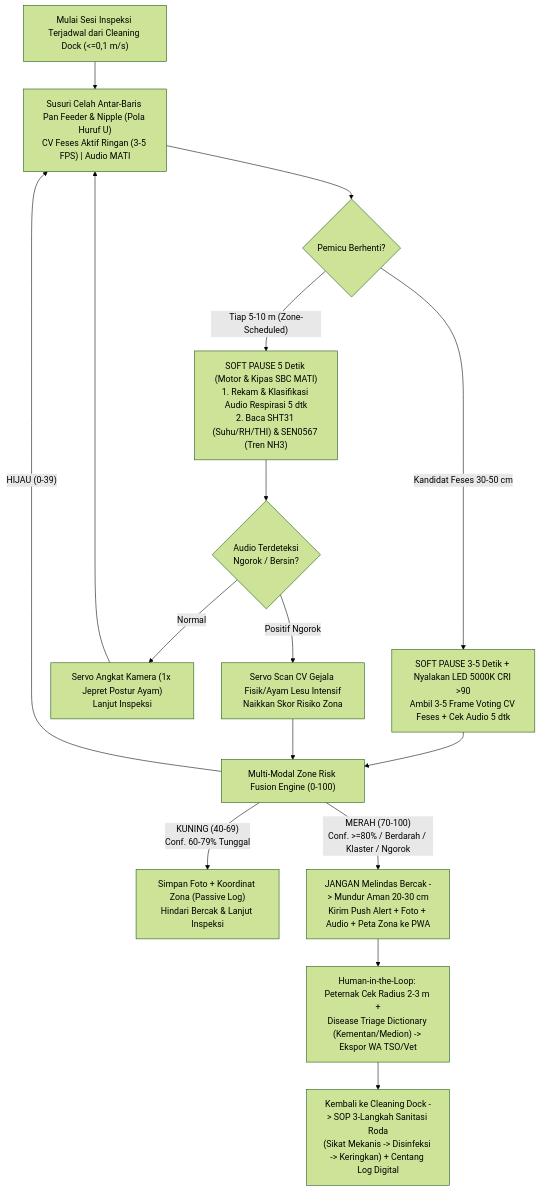
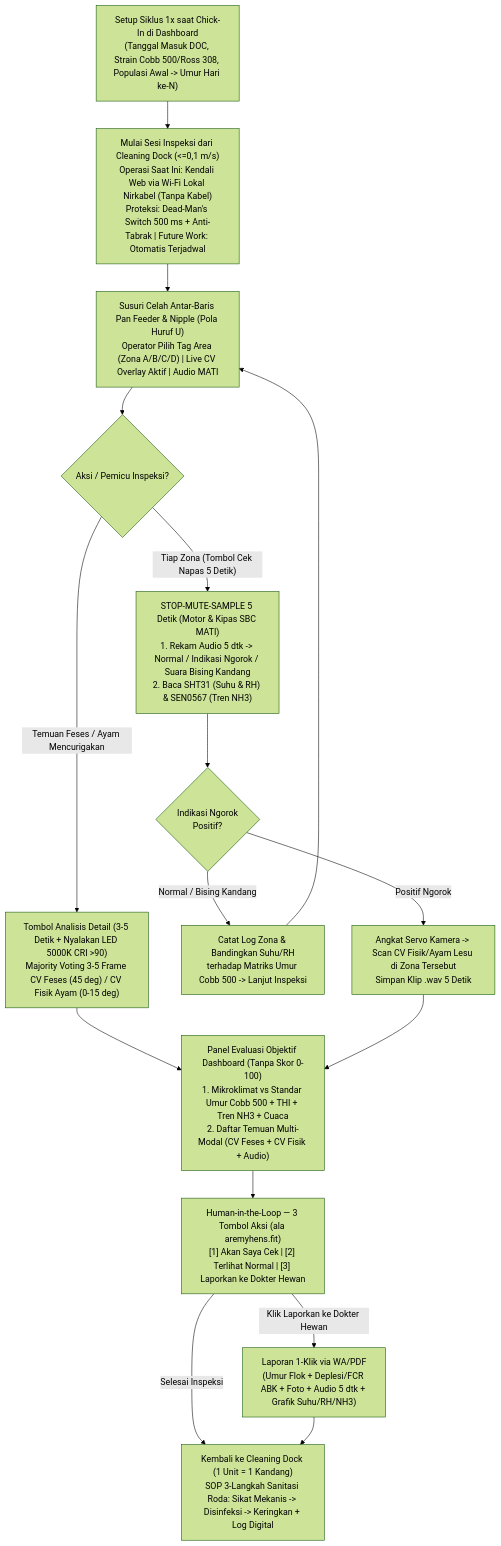
The diagram in 06_Project_Concept_BROVER/PROJECT_CONCEPT_BROVER.md (HikariReiziq/BROVER), drawn with Mermaid (forest theme) before and after one commit. The commit also changed other lines of this file and 15 other files, not shown here.

````diff
--- a/06_Project_Concept_BROVER/PROJECT_CONCEPT_BROVER.md
+++ b/06_Project_Concept_BROVER/PROJECT_CONCEPT_BROVER.md
@@ -129,18 +186,18 @@
 ```mermaid
 flowchart TD
-    A["Mulai Sesi Inspeksi Terjadwal dari Cleaning Dock (<=0,1 m/s)"] --> B["Susuri Celah Antar-Baris Pan Feeder & Nipple (Pola Huruf U)<br/>CV Feses Aktif Ringan (3-5 FPS) | Audio MATI"]
-    B --> C{"Pemicu Berhenti?"}
-    C -- "Tiap 5-10 m (Zone-Scheduled)" --> D["SOFT PAUSE 5 Detik (Motor & Kipas SBC MATI)<br/>1. Rekam & Klasifikasi Audio Respirasi 5 dtk<br/>2. Baca SHT31 (Suhu/RH/THI) & SEN0567 (Tren NH3)"]
-    C -- "Kandidat Feses 30-50 cm" --> E["SOFT PAUSE 3-5 Detik + Nyalakan LED 5000K CRI >90<br/>Ambil 3-5 Frame Voting CV Feses + Cek Audio 5 dtk"]
-    D --> F{"Audio Terdeteksi<br/>Ngorok / Bersin?"}
-    F -- "Normal" --> G["Servo Angkat Kamera (1x Jepret Postur Ayam)<br/>Lanjut Inspeksi"]
-    F -- "Positif Ngorok" --> H["Servo Scan CV Gejala Fisik/Ayam Lesu Intensif<br/>Naikkan Skor Risiko Zona"]
-    E --> I["Multi-Modal Zone Risk Fusion Engine (0-100)"]
+    S0["Setup Siklus 1x saat Chick-In di Dashboard<br/>(Tanggal Masuk DOC, Strain Cobb 500/Ross 308, Populasi Awal -> Umur Hari ke-N)"] --> A["Mulai Sesi Inspeksi dari Cleaning Dock (<=0,1 m/s)<br/>Operasi Saat Ini: Kendali Web via Wi-Fi Lokal Nirkabel (Tanpa Kabel)<br/>Proteksi: Dead-Man's Switch 500 ms + Anti-Tabrak | Future Work: Otomatis Terjadwal"]
+    A --> B["Susuri Celah Antar-Baris Pan Feeder & Nipple (Pola Huruf U)<br/>Operator Pilih Tag Area (Zona A/B/C/D) | Live CV Overlay Aktif | Audio MATI"]
+    B --> C{"Aksi / Pemicu Inspeksi?"}
+    C -- "Tiap Zona (Tombol Cek Napas 5 Detik)" --> D["STOP-MUTE-SAMPLE 5 Detik (Motor & Kipas SBC MATI)<br/>1. Rekam Audio 5 dtk -> Normal / Indikasi Ngorok / Suara Bising Kandang<br/>2. Baca SHT31 (Suhu & RH) & SEN0567 (Tren NH3)"]
+    C -- "Temuan Feses / Ayam Mencurigakan" --> E["Tombol Analisis Detail (3-5 Detik + Nyalakan LED 5000K CRI >90)<br/>Majority Voting 3-5 Frame CV Feses (45 deg) / CV Fisik Ayam (0-15 deg)"]
+    D --> F{"Indikasi Ngorok<br/>Positif?"}
+    F -- "Normal / Bising Kandang" --> G["Catat Log Zona & Bandingkan Suhu/RH<br/>terhadap Matriks Umur Cobb 500 -> Lanjut Inspeksi"]
+    F -- "Positif Ngorok" --> H["Angkat Servo Kamera -> Scan CV Fisik/Ayam Lesu di Zona Tersebut<br/>Simpan Klip .wav 5 Detik"]
+    E --> I["Panel Evaluasi Objektif Dashboard (Tanpa Skor 0-100)<br/>1. Mikroklimat vs Standar Umur Cobb 500 + THI + Tren NH3 + Cuaca<br/>2. Daftar Temuan Multi-Modal (CV Feses + CV Fisik + Audio)"]
     H --> I
     G --> B
-    I -- "HIJAU (0-39)" --> B
-    I -- "KUNING (40-69)<br/>Conf. 60-79% Tunggal" --> J["Simpan Foto + Koordinat Zona (Passive Log)<br/>Hindari Bercak & Lanjut Inspeksi"]
-    I -- "MERAH (70-100)<br/>Conf. >=80% / Berdarah / Klaster / Ngorok" --> K["JANGAN Melindas Bercak -> Mundur Aman 20-30 cm<br/>Kirim Push Alert + Foto + Audio + Peta Zona ke PWA"]
-    K --> L["Human-in-the-Loop: Peternak Cek Radius 2-3 m +<br/>Disease Triage Dictionary (Kementan/Medion) -> Ekspor WA TSO/Vet"]
-    L --> M["Kembali ke Cleaning Dock -> SOP 3-Langkah Sanitasi Roda<br/>(Sikat Mekanis -> Disinfeksi -> Keringkan) + Centang Log Digital"]
+    I --> J["Human-in-the-Loop — 3 Tombol Aksi (ala aremyhens.fit)<br/>[1] Akan Saya Cek | [2] Terlihat Normal | [3] Laporkan ke Dokter Hewan"]
+    J -- "Klik Laporkan ke Dokter Hewan" --> K["Laporan 1-Klik via WA/PDF<br/>(Umur Flok + Deplesi/FCR ABK + Foto + Audio 5 dtk + Grafik Suhu/RH/NH3)"]
+    J -- "Selesai Inspeksi" --> L["Kembali ke Cleaning Dock (1 Unit = 1 Kandang)<br/>SOP 3-Langkah Sanitasi Roda: Sikat Mekanis -> Disinfeksi -> Keringkan + Log Digital"]
+    K --> L
 ```
````
